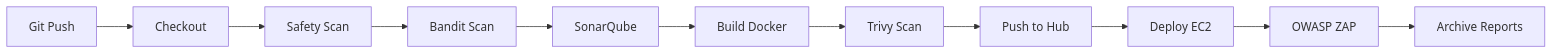
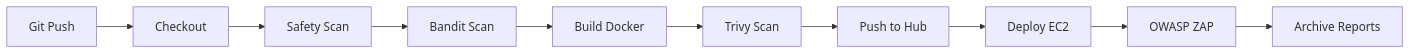
Before and after one commit to 22127477/CSC11004_DA3_22127477: the diagram in README.md, drawn with Mermaid. The commit also changed other lines of this file and 2 other files, not shown here.

Commit message:
Test: Inject security vulnerabilities

````diff
--- a/README.md
+++ b/README.md
@@ -158,13 +152,12 @@
 ```mermaid
 graph LR
     A[Git Push] --> B[Checkout]
     B --> C[Safety Scan]
     C --> D[Bandit Scan]
-    D --> E[SonarQube]
-    E --> F[Build Docker]
-    F --> G[Trivy Scan]
-    G --> H[Push to Hub]
-    H --> I[Deploy EC2]
-    I --> J[OWASP ZAP]
-    J --> K[Archive Reports]
+    D --> E[Build Docker]
+    E --> F[Trivy Scan]
+    F --> G[Push to Hub]
+    G --> H[Deploy EC2]
+    H --> I[OWASP ZAP]
+    I --> J[Archive Reports]
 ```
````
